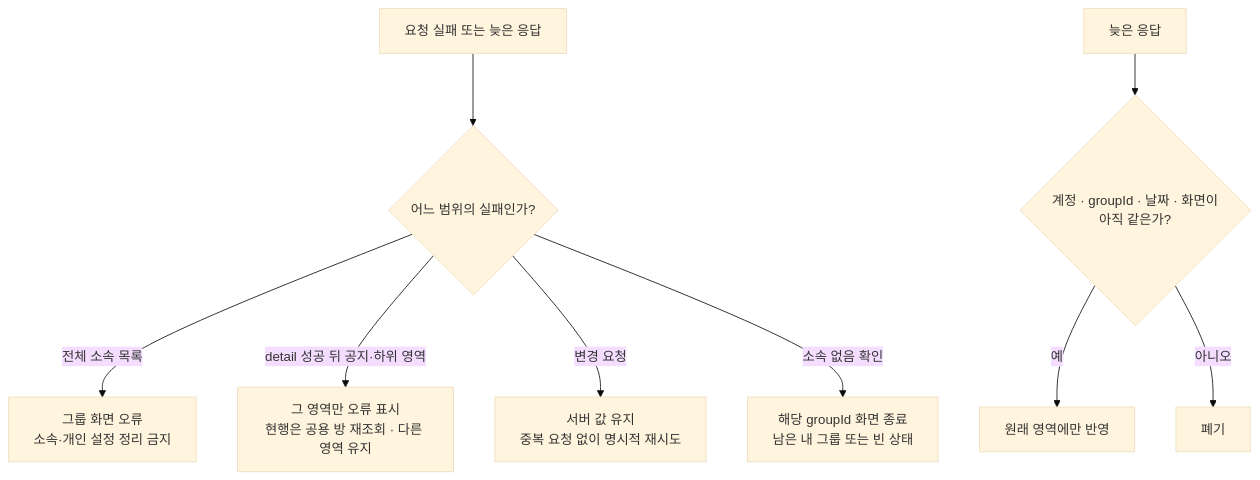
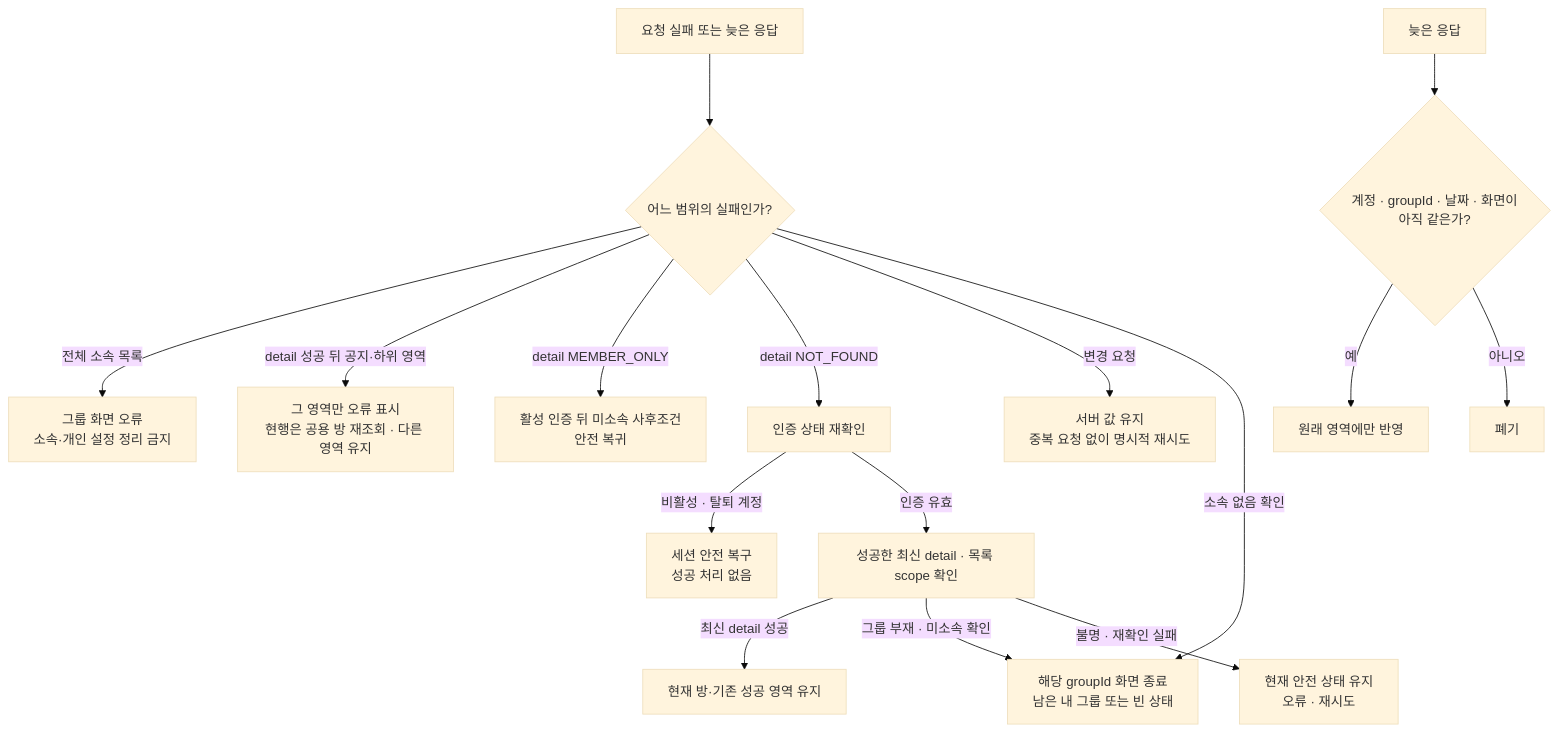
One commit to OneOrThree/phone changed the fourth of 5 diagrams in docs/prd/group/high-level-design.md. Above: the diagram before and after it, drawn with Mermaid (base theme). The commit also changed other lines of this file and 12 other files, not shown here.

````diff
--- a/docs/prd/group/high-level-design.md
+++ b/docs/prd/group/high-level-design.md
@@ -143,12 +143,19 @@
 ```mermaid
 flowchart TD
     Failure["요청 실패 또는 늦은 응답"] --> Scope{"어느 범위의 실패인가?"}
     Scope -->|전체 소속 목록| ListError["그룹 화면 오류<br/>소속·개인 설정 정리 금지"]
     Scope -->|detail 성공 뒤 공지·하위 영역| SectionError["그 영역만 오류 표시<br/>현행은 공용 방 재조회 · 다른 영역 유지"]
+    Scope -->|detail MEMBER_ONLY| MemberGone["활성 인증 뒤 미소속 사후조건<br/>안전 복귀"]
+    Scope -->|detail NOT_FOUND| AuthCheck["인증 상태 재확인"]
+    AuthCheck -->|비활성 · 탈퇴 계정| SessionRecover["세션 안전 복구<br/>성공 처리 없음"]
+    AuthCheck -->|인증 유효| DetailScope["성공한 최신 detail · 목록 scope 확인"]
+    DetailScope -->|최신 detail 성공| RoomKeep["현재 방·기존 성공 영역 유지"]
+    DetailScope -->|그룹 부재 · 미소속 확인| MembershipGone
+    DetailScope -->|불명 · 재확인 실패| SafeState["현재 안전 상태 유지<br/>오류 · 재시도"]
     Scope -->|변경 요청| MutationError["서버 값 유지<br/>중복 요청 없이 명시적 재시도"]
     Scope -->|소속 없음 확인| MembershipGone["해당 groupId 화면 종료<br/>남은 내 그룹 또는 빈 상태"]
 
     Late["늦은 응답"] --> Guard{"계정 · groupId · 날짜 · 화면이<br/>아직 같은가?"}
     Guard -->|예| Apply["원래 영역에만 반영"]
     Guard -->|아니오| Discard["폐기"]
 ```
````
